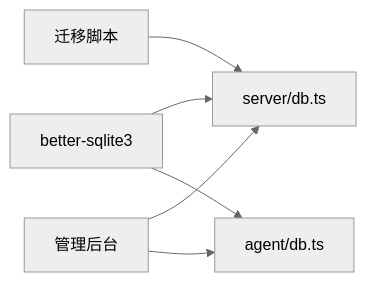
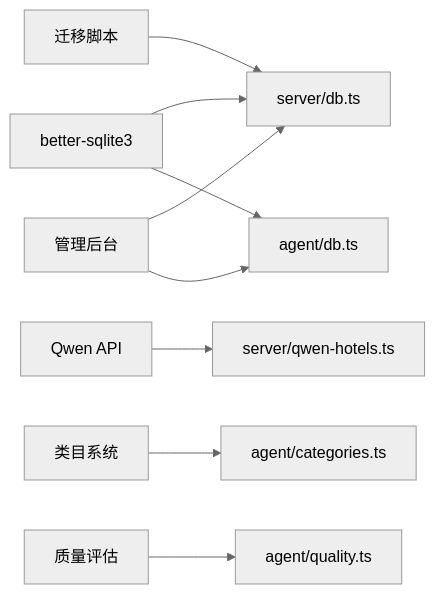
Diagram 12 of 12 in .qoder/repowiki/zh/content/后端API架构/数据库层设计/数据库层设计.md (ititjjy/AITrip-plan), drawn with Mermaid (neutral theme) before and after one commit. The commit also changed other lines of this file and 144 other files, not shown here.

````diff
--- a/.qoder/repowiki/zh/content/后端API架构/数据库层设计/数据库层设计.md
+++ b/.qoder/repowiki/zh/content/后端API架构/数据库层设计/数据库层设计.md
@@ -451,8 +630,11 @@
 ```mermaid
 graph LR
 Better["better-sqlite3"] --> S_DB["server/db.ts"]
 Better --> A_DB["agent/db.ts"]
+QwenAPI["Qwen API"] --> S_Qwen["server/qwen-hotels.ts"]
+Categories["类目系统"] --> A_Categories["agent/categories.ts"]
+Quality["质量评估"] --> A_Quality["agent/quality.ts"]
 Scripts["迁移脚本"] --> S_DB
 Admin["管理后台"] --> S_DB
 Admin --> A_DB
 ```
````
